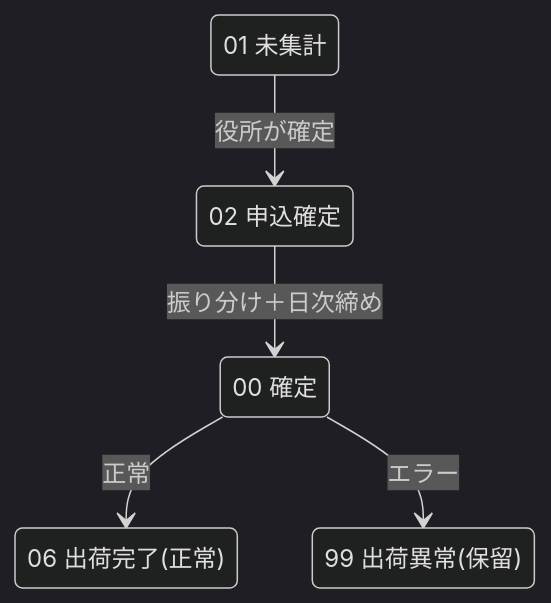
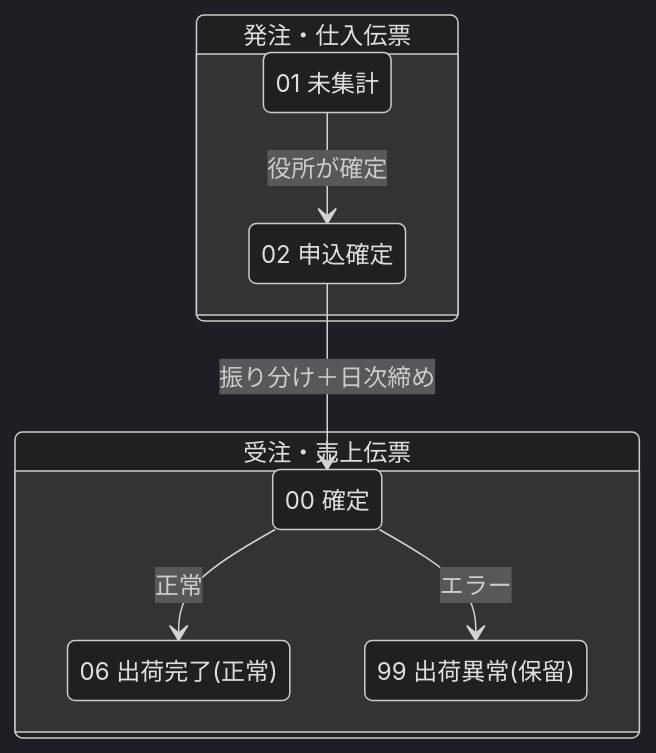
Before and after one commit to totototo0526/arida-furusato-nozei: the first of 2 diagrams in src/manual/05_troubleshooting.md, drawn with Mermaid (dark theme). The commit also changed 1 other file, not shown here.

Commit message:
docs: ステータス遷移図を仕入側と売上側に分離

````diff
--- a/src/manual/05_troubleshooting.md
+++ b/src/manual/05_troubleshooting.md
@@ -15,13 +15,18 @@
 ```mermaid
 stateDiagram-v2
-    state "01 未集計" as s01
-    state "02 申込確定" as s02
-    state "00 確定" as s00
-    state "06 出荷完了(正常)" as s06
-    state "99 出荷異常(保留)" as s99
+    state "発注・仕入伝票" as Purchase {
+        state "01 未集計" as p01
+        state "02 申込確定" as p02
+        p01 --> p02 : 役所が確定
+    }
     
-    s01 --> s02 : 役所が確定
-    s02 --> s00 : 振り分け＋日次締め
-    s00 --> s06 : 正常
-    s00 --> s99 : エラー
+    state "受注・売上伝票" as Sales {
+        state "00 確定" as s00
+        state "06 出荷完了(正常)" as s06
+        state "99 出荷異常(保留)" as s99
+        s00 --> s06 : 正常
+        s00 --> s99 : エラー
+    }
+    
+    p02 --> s00 : 振り分け＋日次締め
 ```
````
